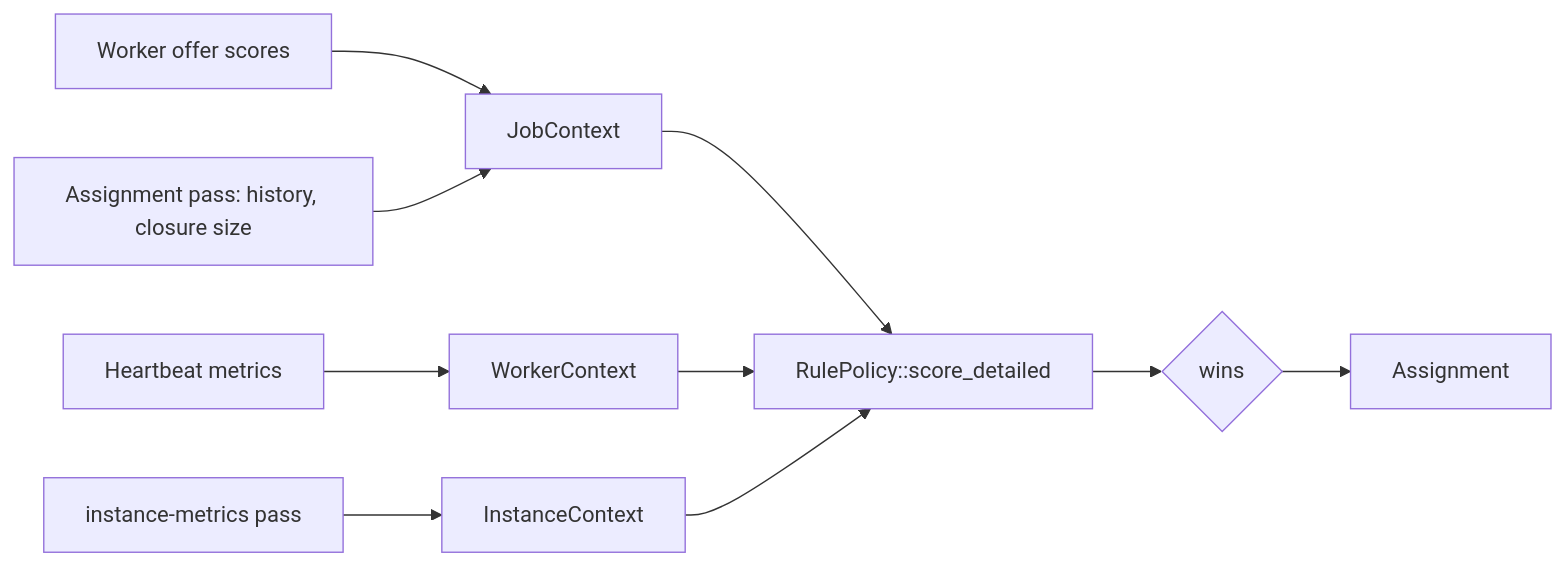
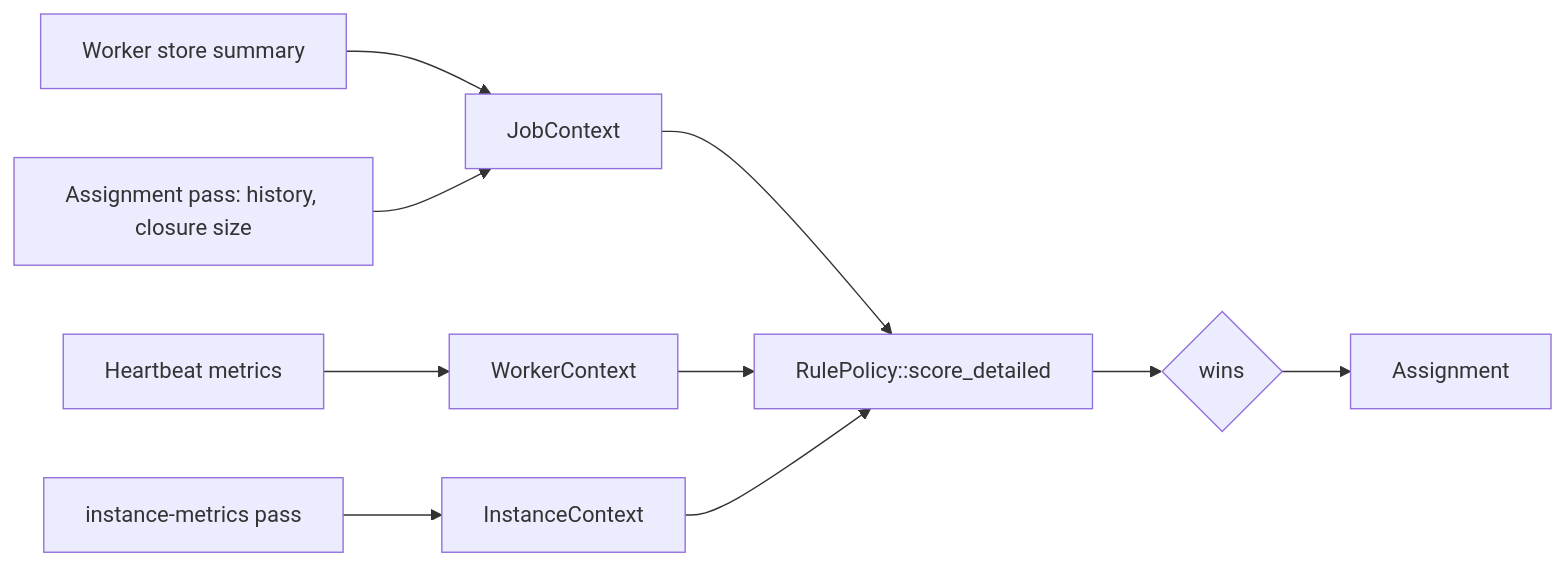
Before and after one commit to wavelens/gradient: the first of 2 diagrams in docs/src/contributors/scheduler/scoring.md, drawn with Mermaid. The commit also changed other lines of this file and 17 other files, not shown here.

````diff
--- a/docs/src/contributors/scheduler/scoring.md
+++ b/docs/src/contributors/scheduler/scoring.md
@@ -10,10 +10,10 @@
 ```mermaid
 flowchart LR
-    W[Worker offer scores] --> J[JobContext]
+    W[Worker store summary] --> J[JobContext]
     D["Assignment pass: history, closure size"] --> J
     H[Heartbeat metrics] --> K[WorkerContext]
     I[instance-metrics pass] --> C[InstanceContext]
     J & K & C --> P[RulePolicy::score_detailed]
     P --> A{wins}
     A --> X[Assignment]
 ```
````
